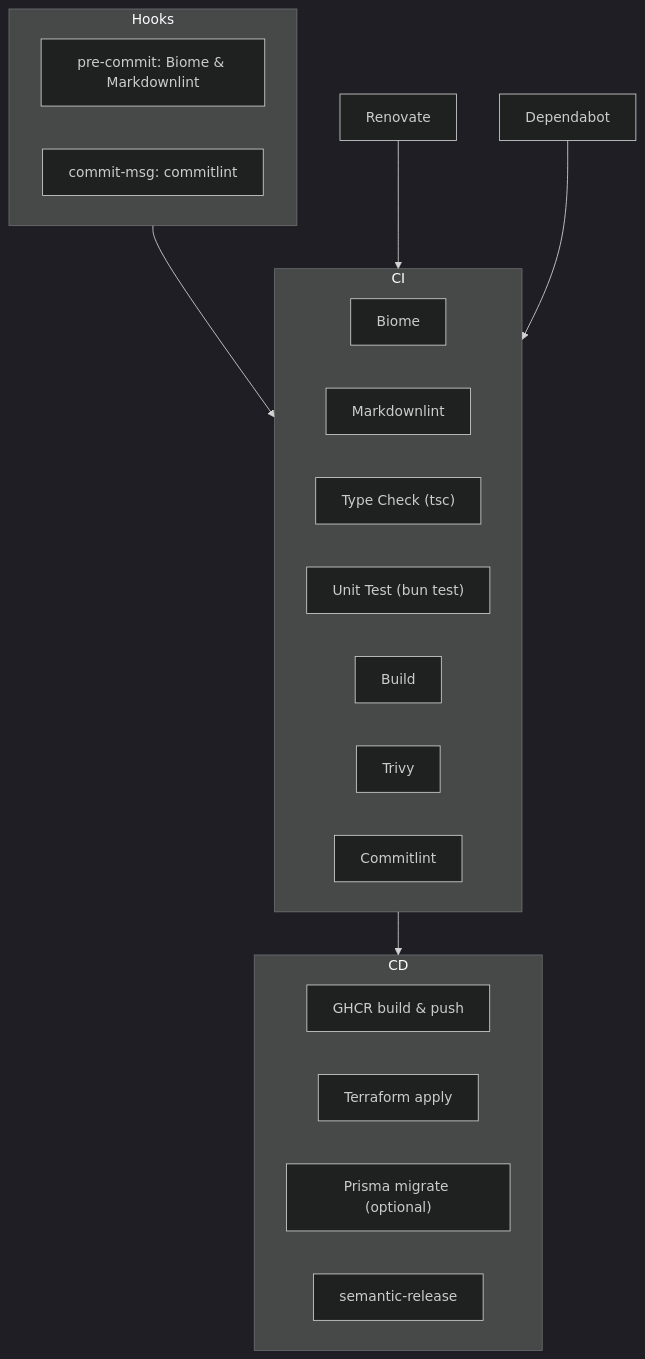
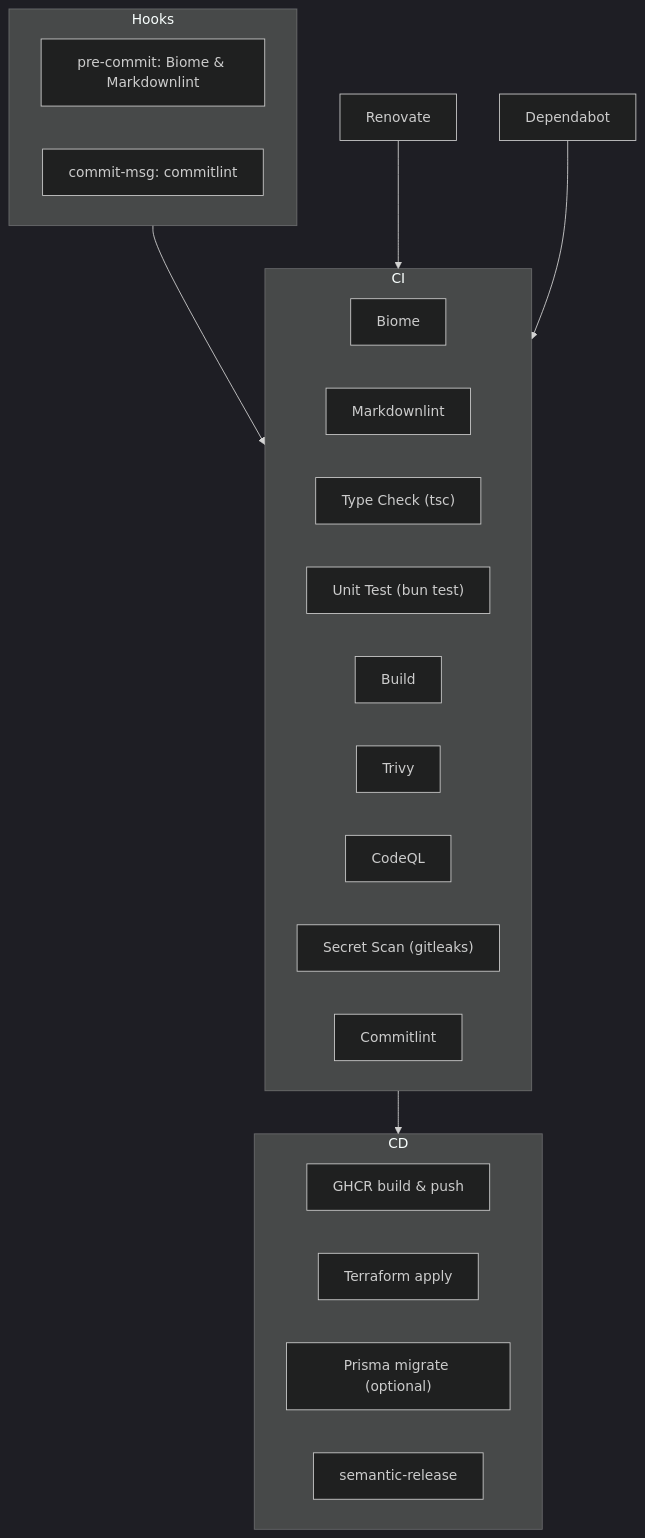
The second of 5 diagrams in DESIGN.md (Lunacea/web-template), drawn with Mermaid (dark theme) before and after one commit. The commit also changed other lines of this file and 2 other files, not shown here.

Commit message:
docs: sync docs with current workflows (CodeQL/Secret Scan) and commands

````diff
--- a/DESIGN.md
+++ b/DESIGN.md
@@ -33,32 +33,34 @@
 ```mermaid
 flowchart TB
   subgraph Hooks
     PRE["pre-commit: Biome & Markdownlint"]
     MSG["commit-msg: commitlint"]
   end
 
   subgraph CI
     LINT["Biome"]
     MDL["Markdownlint"]
     TSC["Type Check (tsc)"]
     TEST["Unit Test (bun test)"]
     BUILD["Build"]
     TRIVY["Trivy"]
+    CODEQL["CodeQL"]
+    SECSCAN["Secret Scan (gitleaks)"]
     CMTL["Commitlint"]
   end
 
   subgraph CD
     GHCR["GHCR build & push"]
     TFA["Terraform apply"]
     PRISMA["Prisma migrate (optional)"]
     REL["semantic-release"]
   end
 
   Renovate["Renovate"]
   Dependabot["Dependabot"]
 
   Hooks --> CI
   CI --> CD
   Renovate --> CI
   Dependabot --> CI
 ```
````
